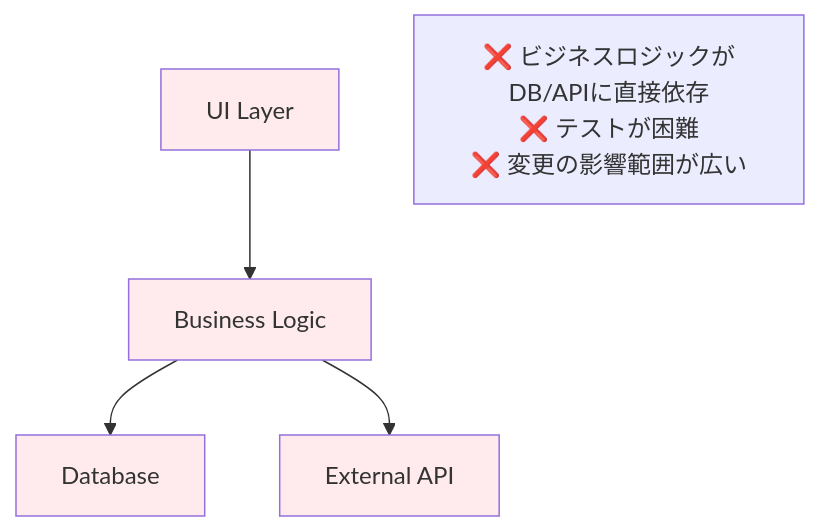
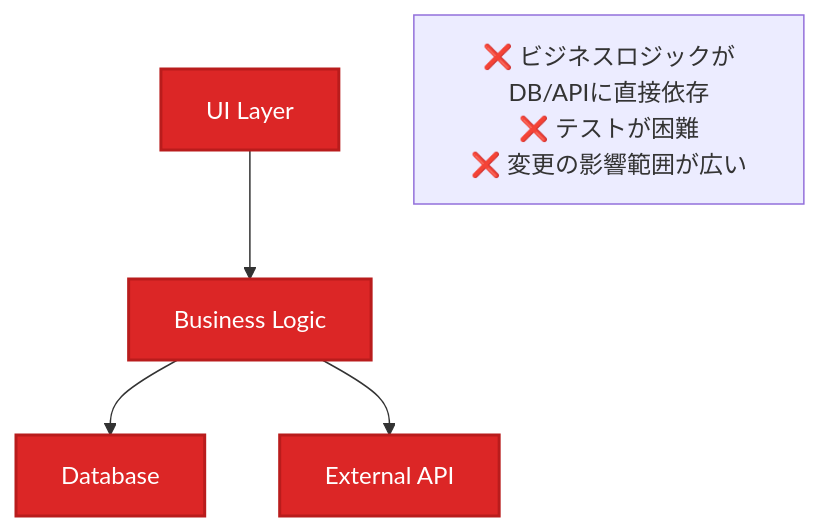
The second of 9 diagrams in _DOCS/guides/ddd/concepts/clean-architecture.md (derushio/d-next-ddd-example), drawn with Mermaid before and after one commit. The commit also changed other lines of this file and 31 other files, not shown here.

Commit message:
🎨: DOCSのMermaid図表カラーテーマを暗色に統一し視認性を向上

````diff
--- a/_DOCS/guides/ddd/concepts/clean-architecture.md
+++ b/_DOCS/guides/ddd/concepts/clean-architecture.md
@@ -39,13 +39,13 @@
 ```mermaid
 graph TD
     UI[UI Layer] --> BL[Business Logic]
     BL --> DB[Database]
     BL --> EXT[External API]
     
-    style UI fill:#ffebee
-    style BL fill:#ffebee
-    style DB fill:#ffebee
-    style EXT fill:#ffebee
+    style UI fill:#dc2626,stroke:#b91c1c,stroke-width:2px,color:#ffffff
+    style BL fill:#dc2626,stroke:#b91c1c,stroke-width:2px,color:#ffffff
+    style DB fill:#dc2626,stroke:#b91c1c,stroke-width:2px,color:#ffffff
+    style EXT fill:#dc2626,stroke:#b91c1c,stroke-width:2px,color:#ffffff
     
     note1[❌ ビジネスロジックがDB/APIに直接依存<br/>❌ テストが困難<br/>❌ 変更の影響範囲が広い]
 ```
````
